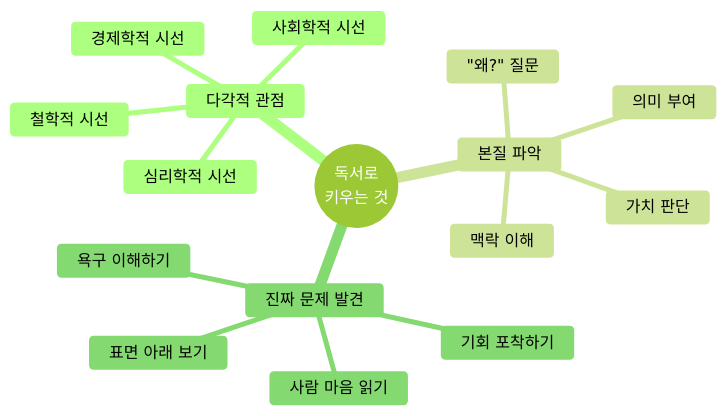
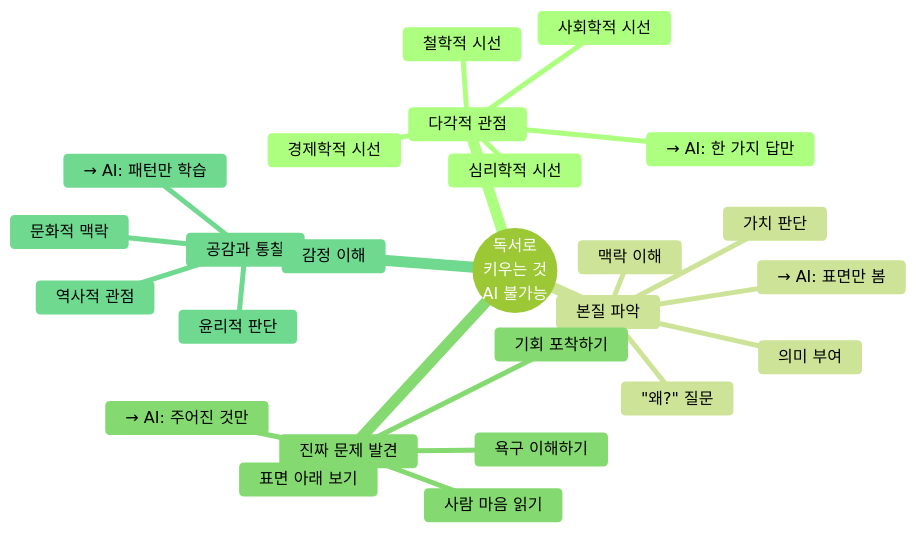
The first of 25 diagrams in [핵심개념]-개발프로세스_이해와_4대역량_정의.md (Collegenie-X/froebel), drawn with Mermaid (forest theme) before and after one commit. The commit also changed other lines of this file and 1 other file, not shown here.

````diff
--- a/[핵심개념]-개발프로세스_이해와_4대역량_정의.md
+++ b/[핵심개념]-개발프로세스_이해와_4대역량_정의.md
@@ -35,19 +49,28 @@
 ```mermaid
 mindmap
-  root((독서로<br/>키우는 것))
+  root((독서로<br/>키우는 것<br/>AI 불가능))
     다각적 관점
       경제학적 시선
       심리학적 시선
       사회학적 시선
       철학적 시선
+      → AI: 한 가지 답만
     본질 파악
       "왜?" 질문
       맥락 이해
       가치 판단
       의미 부여
+      → AI: 표면만 봄
     진짜 문제 발견
       표면 아래 보기
       사람 마음 읽기
       욕구 이해하기
       기회 포착하기
+      → AI: 주어진 것만
+    공감과 통찰
+      감정 이해
+      문화적 맥락
+      역사적 관점
+      윤리적 판단
+      → AI: 패턴만 학습
 ```
````
